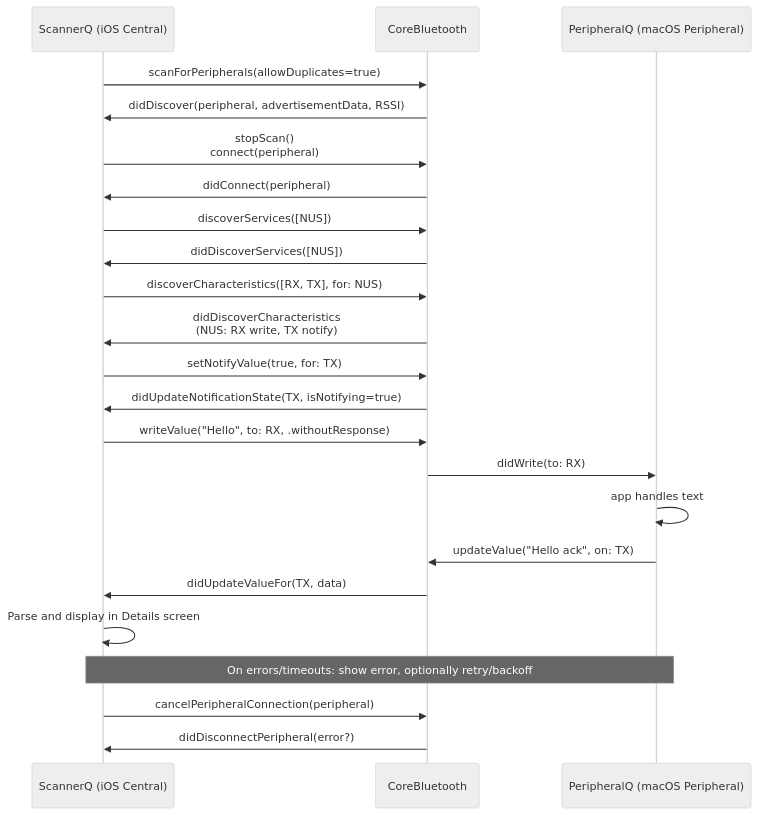
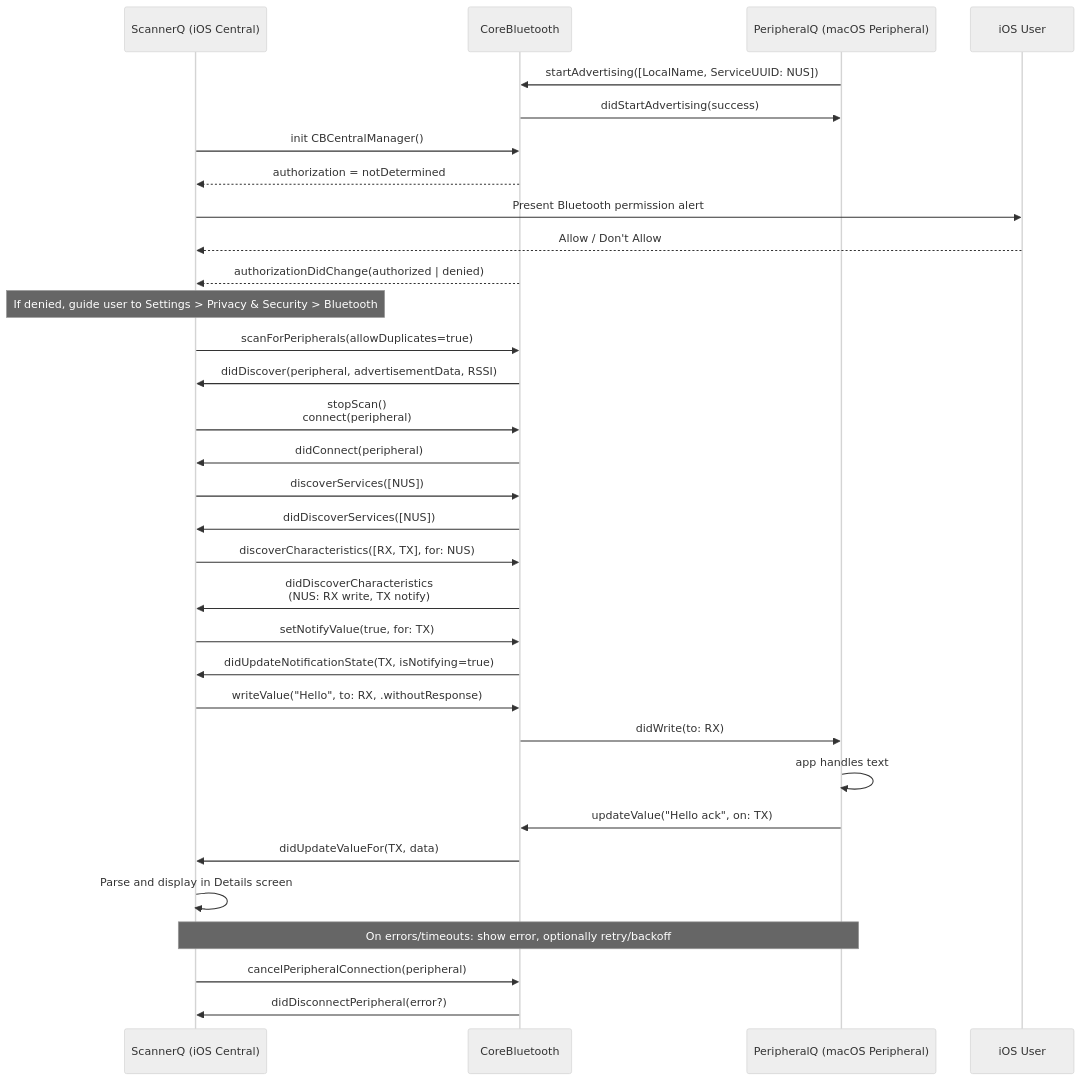
Before and after one commit to sergenes/ble-interaction-ios: the diagram in README.md, drawn with Mermaid (neutral theme).

Commit message:
update sequenceDiagram

````diff
--- a/README.md
+++ b/README.md
@@ -114,32 +114,43 @@
 ```mermaid
 sequenceDiagram
     participant iOS as ScannerQ (iOS Central)
     participant CB as CoreBluetooth
     participant macOS as PeripheralQ (macOS Peripheral)
+    participant User as iOS User
+
+    macOS->>CB: startAdvertising([LocalName, ServiceUUID: NUS])
+    CB->>macOS: didStartAdvertising(success)
+
+    iOS->>CB: init CBCentralManager()
+    CB-->>iOS: authorization = notDetermined
+    iOS->>User: Present Bluetooth permission alert
+    User-->>iOS: Allow / Don't Allow
+    CB-->>iOS: authorizationDidChange(authorized | denied)
+    note over iOS: If denied, guide user to Settings > Privacy & Security > Bluetooth
 
     iOS->>CB: scanForPeripherals(allowDuplicates=true)
     CB->>iOS: didDiscover(peripheral, advertisementData, RSSI)
     iOS->>CB: stopScan()<br/>connect(peripheral)
     CB->>iOS: didConnect(peripheral)
 
     iOS->>CB: discoverServices([NUS])
     CB->>iOS: didDiscoverServices([NUS])
 
     iOS->>CB: discoverCharacteristics([RX, TX], for: NUS)
     CB->>iOS: didDiscoverCharacteristics<br/>(NUS: RX write, TX notify)
 
     iOS->>CB: setNotifyValue(true, for: TX)
     CB->>iOS: didUpdateNotificationState(TX, isNotifying=true)
 
     iOS->>CB: writeValue("Hello", to: RX, .withoutResponse)
     CB->>macOS: didWrite(to: RX)
     macOS->>macOS: app handles text
     macOS->>CB: updateValue("Hello ack", on: TX)
     CB->>iOS: didUpdateValueFor(TX, data)
     iOS->>iOS: Parse and display in Details screen
 
     note over iOS,macOS: On errors/timeouts: show error, optionally retry/backoff
 
     iOS->>CB: cancelPeripheralConnection(peripheral)
     CB->>iOS: didDisconnectPeripheral(error?)
 ```
````
